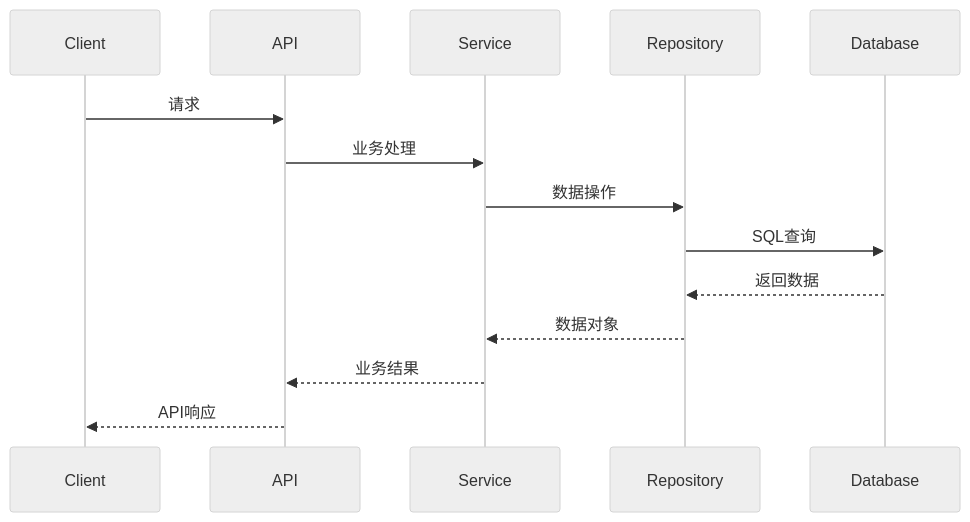
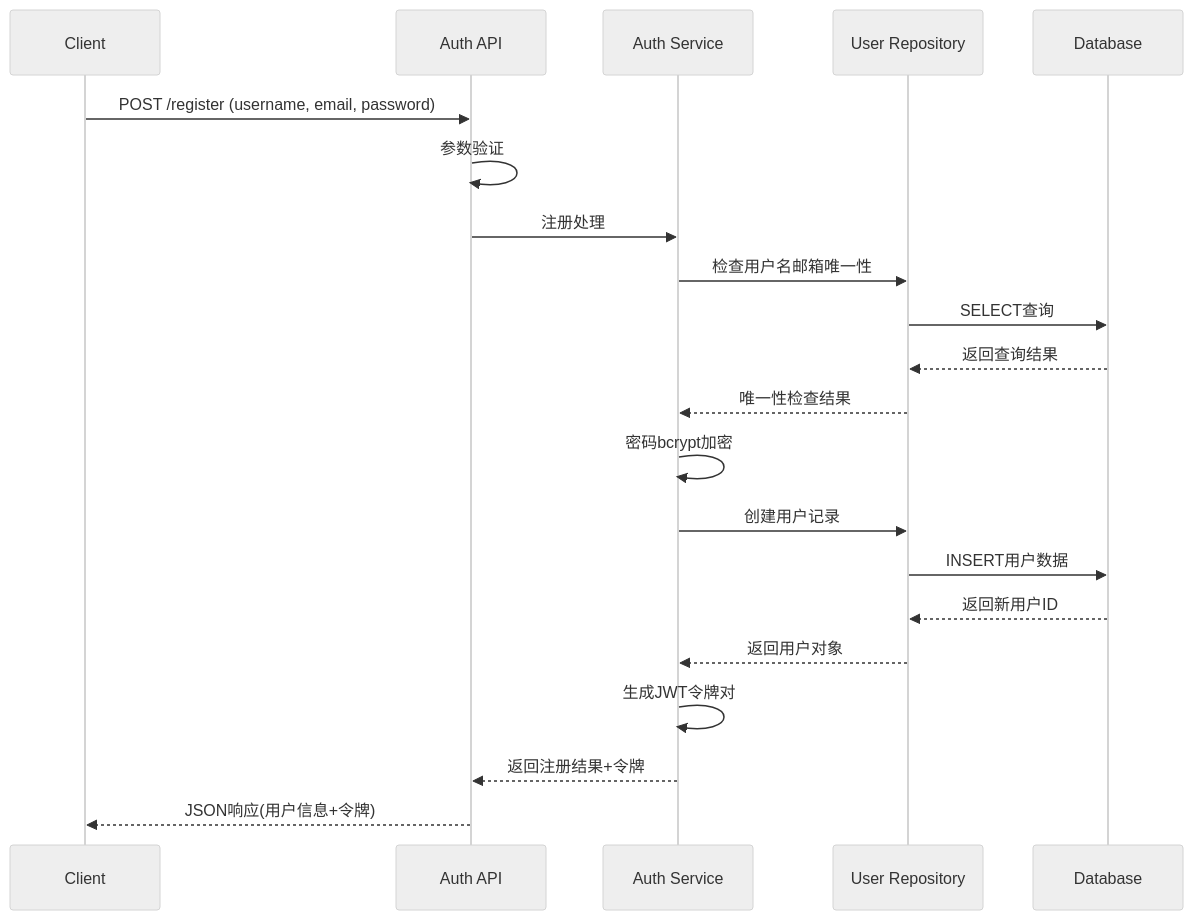
Before and after one commit to HaoranTong/ecommerce_platform: the second of 5 diagrams in docs/design/modules/user-auth/design.md, drawn with Mermaid (neutral theme). The commit also changed other lines of this file and 6 other files, not shown here.

````diff
--- a/docs/design/modules/user-auth/design.md
+++ b/docs/design/modules/user-auth/design.md
@@ -115,17 +158,24 @@
 ```mermaid
 sequenceDiagram
     participant C as Client
-    participant A as API
-    participant S as Service
-    participant R as Repository
+    participant A as Auth API
+    participant S as Auth Service
+    participant R as User Repository
     participant D as Database
     
-    C->>A: 请求
-    A->>S: 业务处理
-    S->>R: 数据操作
-    R->>D: SQL查询
-    D-->>R: 返回数据
-    R-->>S: 数据对象
-    S-->>A: 业务结果
-    A-->>C: API响应
+    C->>A: POST /register (username, email, password)
+    A->>A: 参数验证
+    A->>S: 注册处理
+    S->>R: 检查用户名邮箱唯一性
+    R->>D: SELECT查询
+    D-->>R: 返回查询结果
+    R-->>S: 唯一性检查结果
+    S->>S: 密码bcrypt加密
+    S->>R: 创建用户记录
+    R->>D: INSERT用户数据
+    D-->>R: 返回新用户ID
+    R-->>S: 返回用户对象
+    S->>S: 生成JWT令牌对
+    S-->>A: 返回注册结果+令牌
+    A-->>C: JSON响应(用户信息+令牌)
 ```
````
